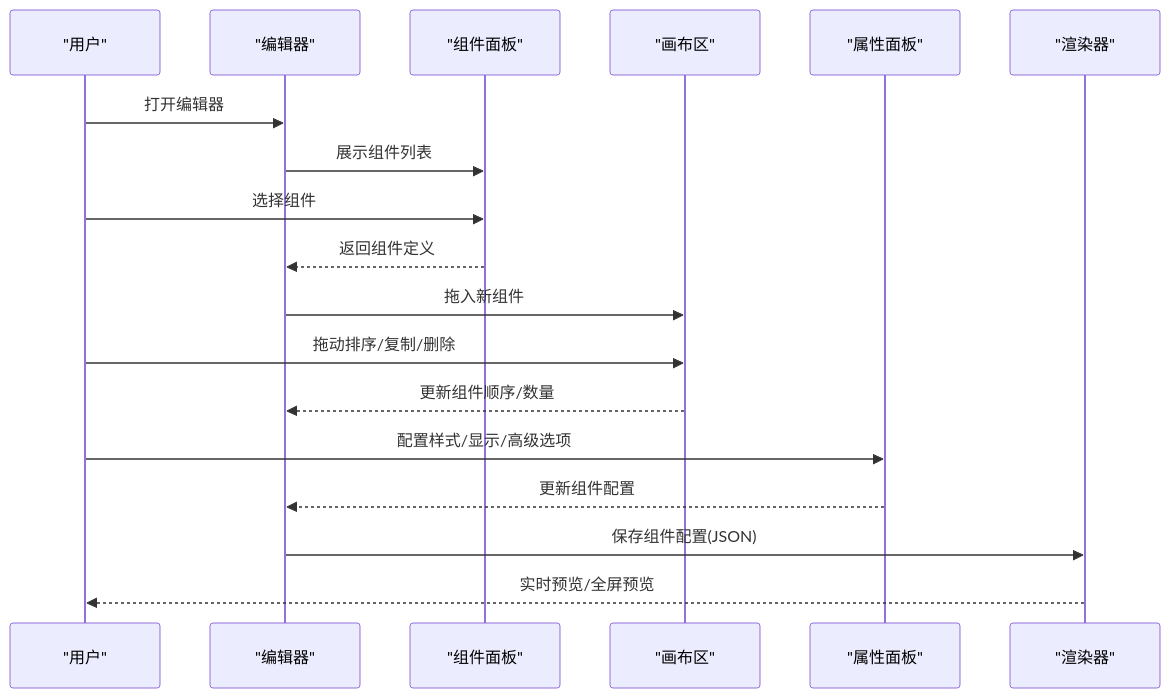
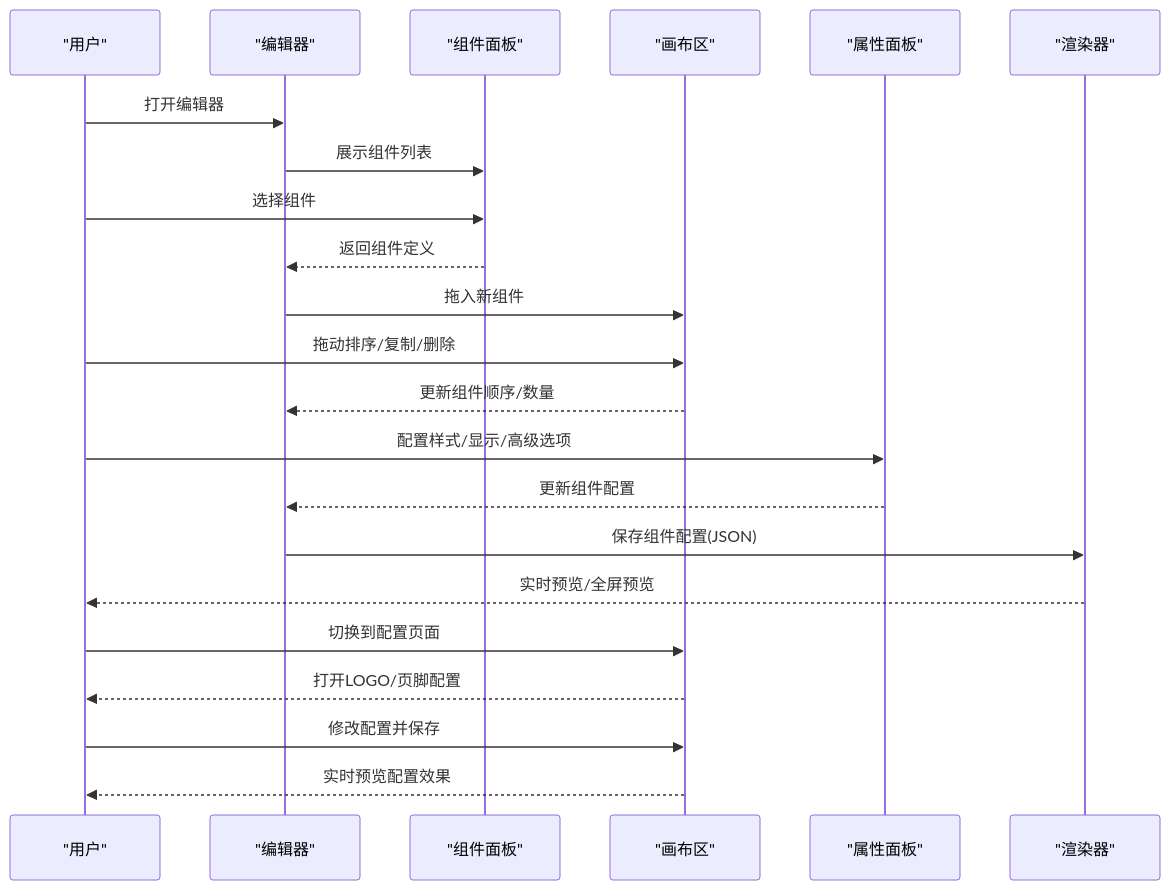
The second of 8 diagrams in .qoder/repowiki/zh/content/前端组件系统/前端组件系统.md (wyg5208/website_diy), drawn with Mermaid before and after one commit. The commit also changed other lines of this file and 43 other files, not shown here.

````diff
--- a/.qoder/repowiki/zh/content/前端组件系统/前端组件系统.md
+++ b/.qoder/repowiki/zh/content/前端组件系统/前端组件系统.md
@@ -83,20 +132,24 @@
 ```mermaid
 sequenceDiagram
 participant U as "用户"
 participant E as "编辑器"
 participant P as "组件面板"
 participant C as "画布区"
 participant S as "属性面板"
 participant R as "渲染器"
 U->>E : 打开编辑器
 E->>P : 展示组件列表
 U->>P : 选择组件
 P-->>E : 返回组件定义
 E->>C : 拖入新组件
 U->>C : 拖动排序/复制/删除
 C-->>E : 更新组件顺序/数量
 U->>S : 配置样式/显示/高级选项
 S-->>E : 更新组件配置
 E->>R : 保存组件配置(JSON)
 R-->>U : 实时预览/全屏预览
+U->>C : 切换到配置页面
+C-->>U : 打开LOGO/页脚配置
+U->>C : 修改配置并保存
+C-->>U : 实时预览配置效果
 ```
````
